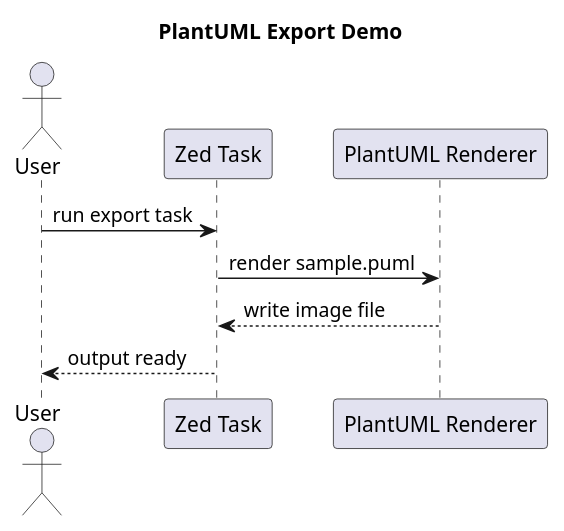
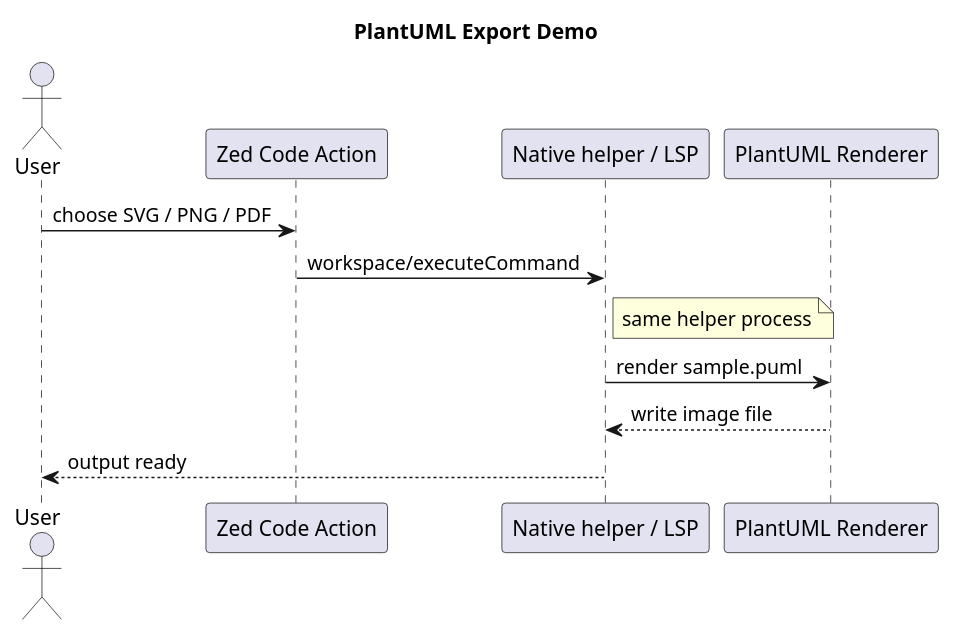
One commit to dahuangggg/plantuml-export changed the diagram in examples/sample.puml. Above: the diagram before and after it, drawn with PlantUML. The commit also changed 74 other files, not shown here.

First line of the commit message:
feat: complete v0.1.0 native export candidate

```diff
--- a/examples/sample.puml
+++ b/examples/sample.puml
@@ -1,13 +1,16 @@
 @startuml
 title PlantUML Export Demo
 
 actor User
-participant "Zed Task" as Task
+participant "Zed Code Action" as Action
+participant "Native helper / LSP" as Helper
 participant "PlantUML Renderer" as Renderer
 
-User -> Task : run export task
-Task -> Renderer : render sample.puml
-Renderer --> Task : write image file
-Task --> User : output ready
+User -> Action : choose SVG / PNG / PDF
+Action -> Helper : workspace/executeCommand
+note right of Helper : same helper process
+Helper -> Renderer : render sample.puml
+Renderer --> Helper : write image file
+Helper --> User : output ready
 
 @enduml
```
